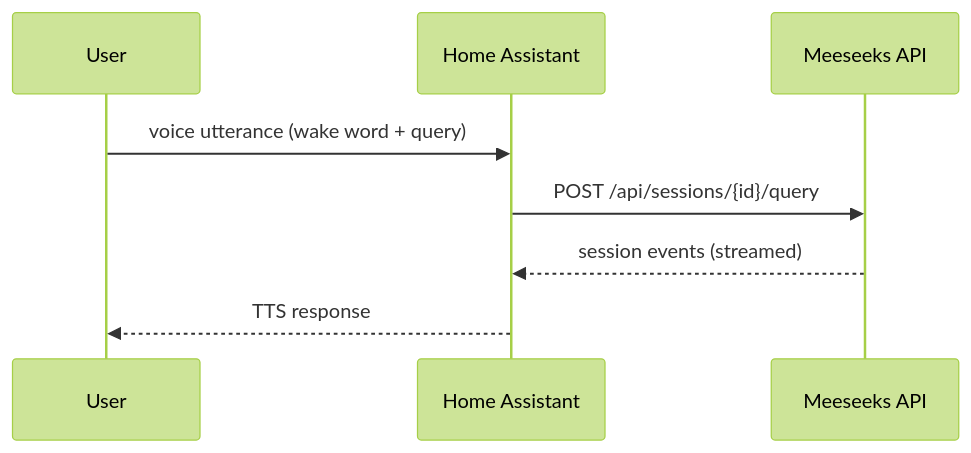
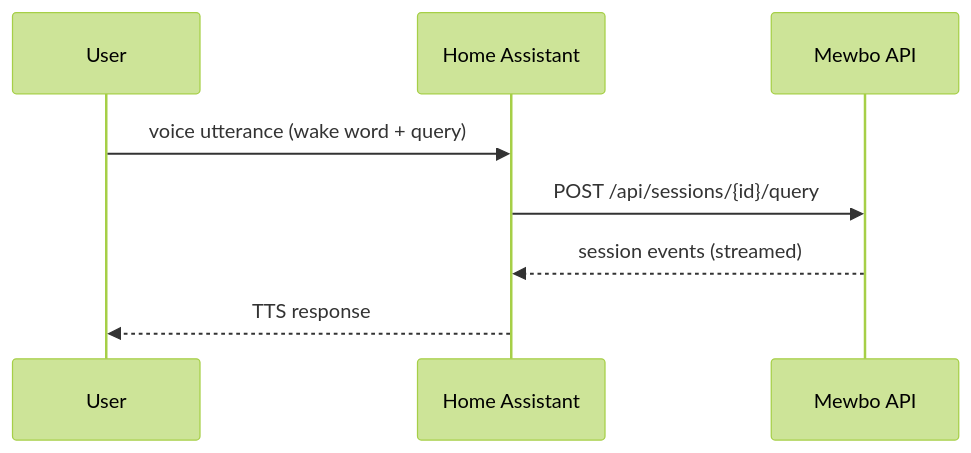
One commit to bearlike/Assistant changed the diagram in docs/clients-home-assistant.md. Above: the diagram before and after it, drawn with Mermaid (forest theme). The commit also changed other lines of this file and 651 other files, not shown here.

````diff
--- a/docs/clients-home-assistant.md
+++ b/docs/clients-home-assistant.md
@@ -16,11 +16,11 @@
 ```mermaid
 sequenceDiagram
     participant User
     participant HA as Home Assistant
-    participant API as Meeseeks API
+    participant API as Mewbo API
 
     User->>HA: voice utterance (wake word + query)
     HA->>API: POST /api/sessions/{id}/query
     API-->>HA: session events (streamed)
     HA-->>User: TTS response
 ```
````
